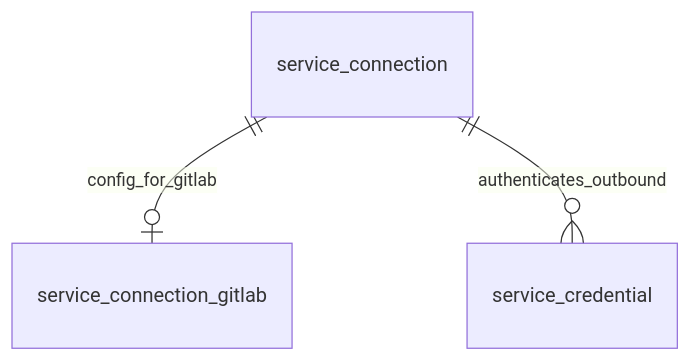
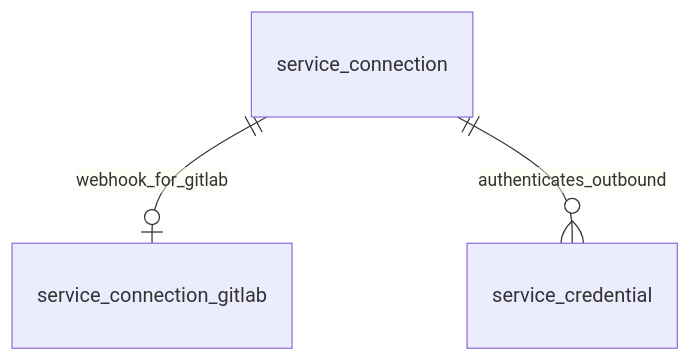
One commit to ravenmk2/antcdp changed the diagram in docs/service-integrations.md. Above: the diagram before and after it, drawn with Mermaid. The commit also changed other lines of this file and 31 other files, not shown here.

Commit message:
feat: add Jenkins integration and consolidate connection config as JSON

````diff
--- a/docs/service-integrations.md
+++ b/docs/service-integrations.md
@@ -38,5 +38,5 @@
 ```mermaid
 erDiagram
-    service_connection ||--o| service_connection_gitlab : config_for_gitlab
+    service_connection ||--o| service_connection_gitlab : webhook_for_gitlab
     service_connection ||--o{ service_credential : authenticates_outbound
 ```
````
